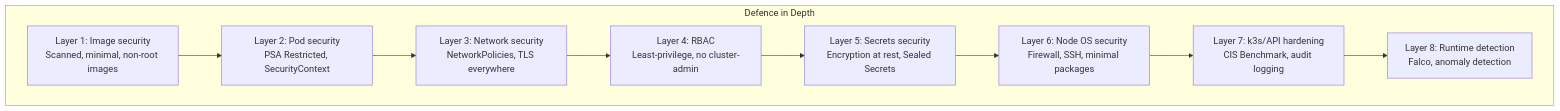
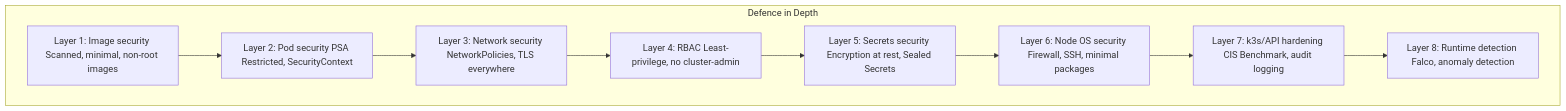
One commit to UncleJS/course_k3s changed the first of 4 diagrams in 09_security/05_hardening_guide.md. Above: the diagram before and after it, drawn with Mermaid. The commit also changed other lines of this file and 57 other files, not shown here.

````diff
--- a/09_security/05_hardening_guide.md
+++ b/09_security/05_hardening_guide.md
@@ -29,15 +29,15 @@
 ```mermaid
 graph TD
     subgraph "Defence in Depth"
-        L1[Layer 1: Image security\nScanned, minimal, non-root images]
-        L2[Layer 2: Pod security\nPSA Restricted, SecurityContext]
-        L3[Layer 3: Network security\nNetworkPolicies, TLS everywhere]
-        L4[Layer 4: RBAC\nLeast-privilege, no cluster-admin]
-        L5[Layer 5: Secrets security\nEncryption at rest, Sealed Secrets]
-        L6[Layer 6: Node OS security\nFirewall, SSH, minimal packages]
-        L7[Layer 7: k3s/API hardening\nCIS Benchmark, audit logging]
-        L8[Layer 8: Runtime detection\nFalco, anomaly detection]
+        L1[Layer 1: Image security Scanned, minimal, non-root images]
+        L2[Layer 2: Pod security PSA Restricted, SecurityContext]
+        L3[Layer 3: Network security NetworkPolicies, TLS everywhere]
+        L4[Layer 4: RBAC Least-privilege, no cluster-admin]
+        L5[Layer 5: Secrets security Encryption at rest, Sealed Secrets]
+        L6[Layer 6: Node OS security Firewall, SSH, minimal packages]
+        L7[Layer 7: k3s/API hardening CIS Benchmark, audit logging]
+        L8[Layer 8: Runtime detection Falco, anomaly detection]
 
         L1 --> L2 --> L3 --> L4 --> L5 --> L6 --> L7 --> L8
     end
 ```
````
